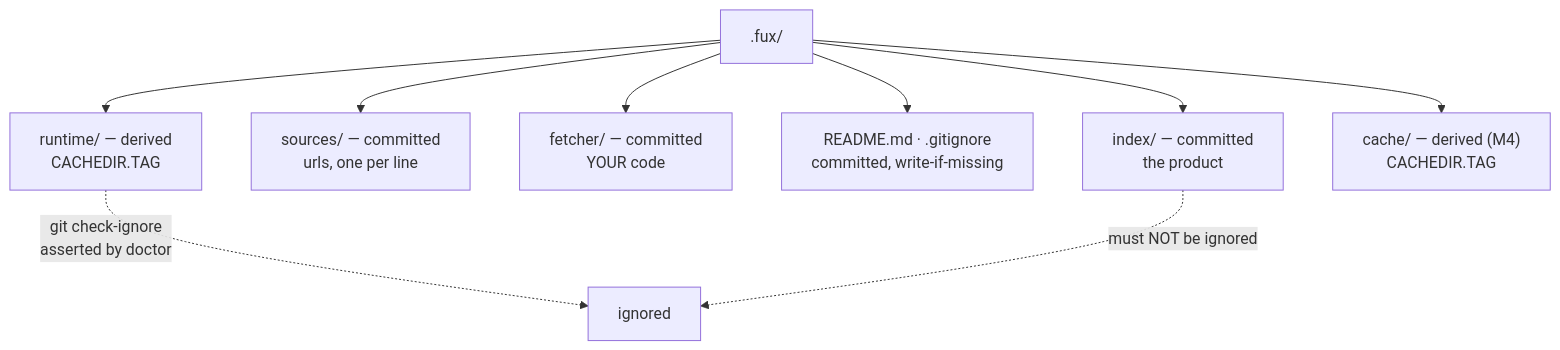
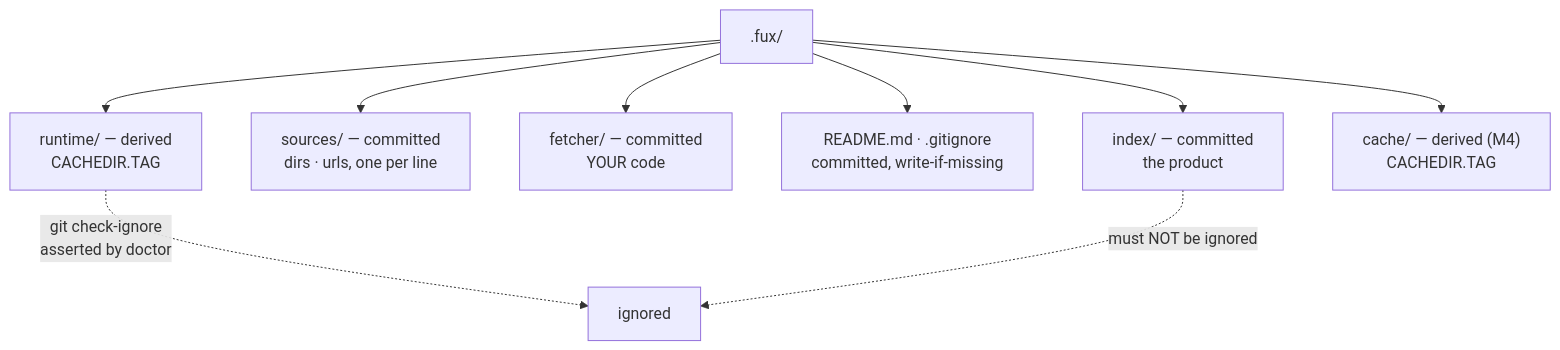
Before and after one commit to arpitarya/fux: the diagram in docs/adr/0003_fux-directory.md, drawn with Mermaid. The commit also changed other lines of this file and 168 other files, not shown here.

````diff
--- a/docs/adr/0003_fux-directory.md
+++ b/docs/adr/0003_fux-directory.md
@@ -44,12 +44,12 @@
 ```mermaid
 flowchart TD
     F[".fux/"]
     F --> C1["index/ — committed<br/>the product"]
-    F --> C2["sources/ — committed<br/>urls, one per line"]
+    F --> C2["sources/ — committed<br/>dirs · urls, one per line"]
     F --> C3["fetcher/ — committed<br/>YOUR code"]
     F --> C4["README.md · .gitignore<br/>committed, write-if-missing"]
     F --> D1["runtime/ — derived<br/>CACHEDIR.TAG"]
     F --> D2["cache/ — derived (M4)<br/>CACHEDIR.TAG"]
     D1 -.->|"git check-ignore<br/>asserted by doctor"| G["ignored"]
     C1 -.->|"must NOT be ignored"| G
 ```
````
